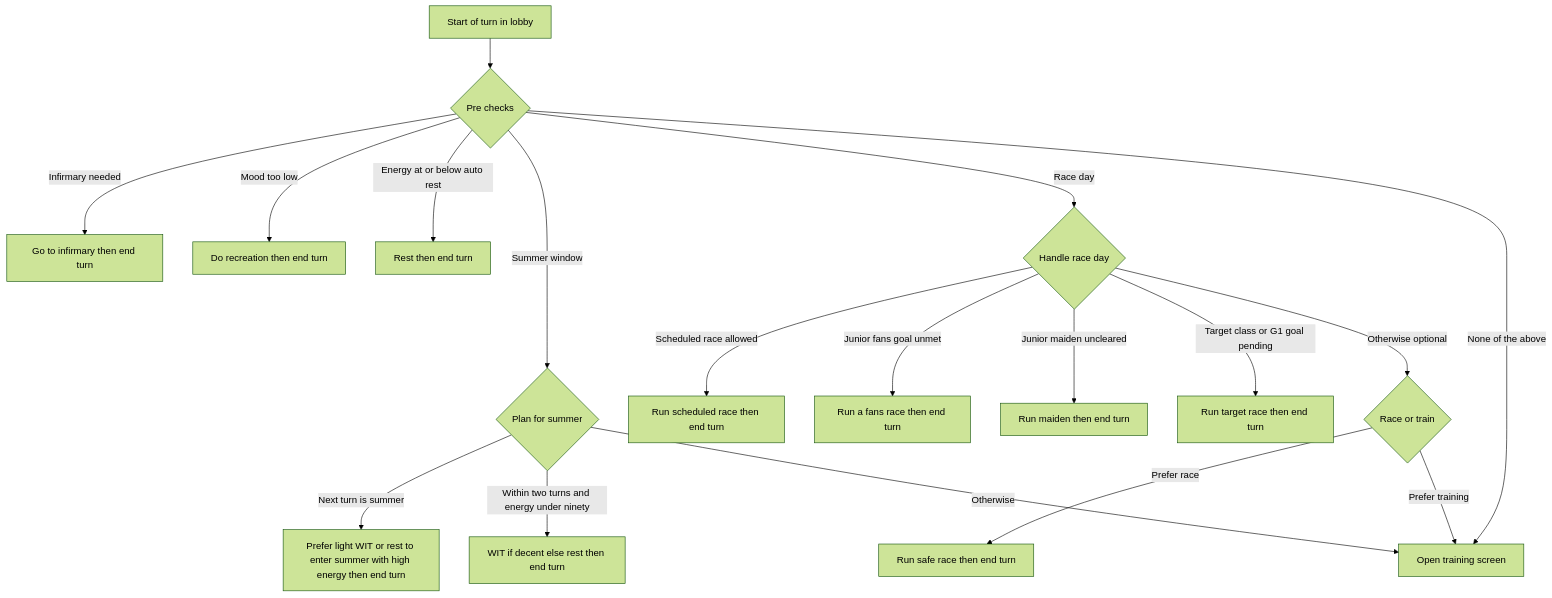
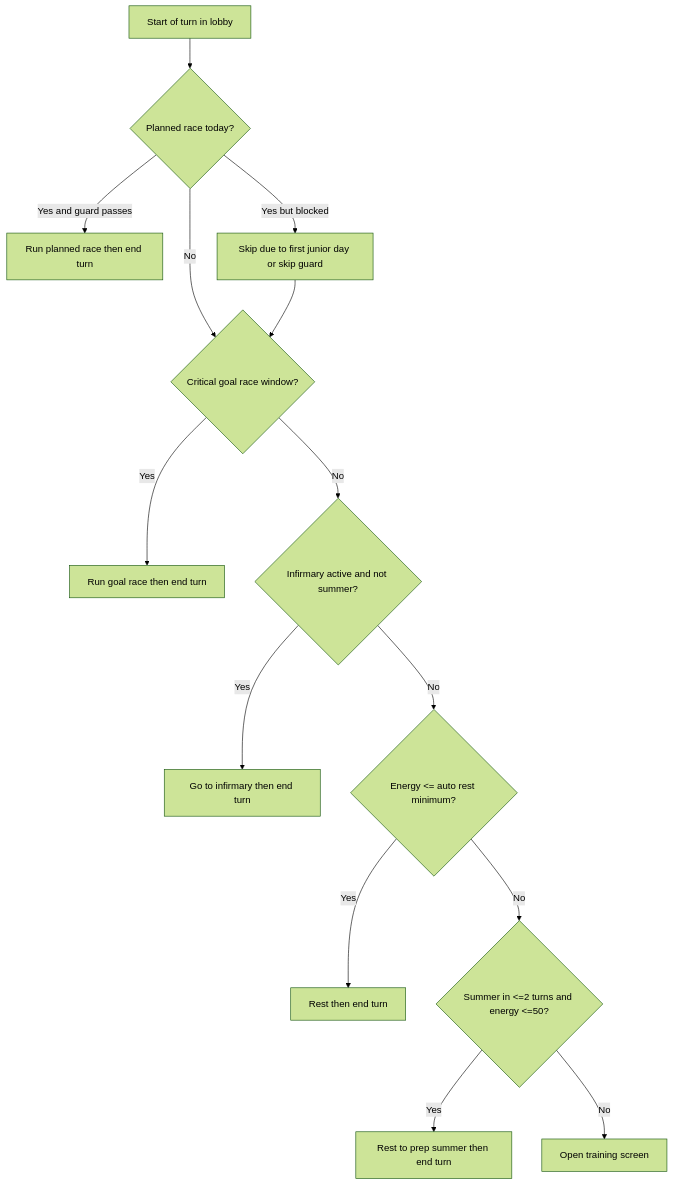
The diagram in docs/ai/policies/unity_cup/flow_lobby.mmd (monkeymc/Umaplay), drawn with Mermaid (forest theme) before and after one commit. The commit also changed 7 other files, not shown here.

```diff
--- a/docs/ai/policies/unity_cup/flow_lobby.mmd
+++ b/docs/ai/policies/unity_cup/flow_lobby.mmd
@@ -1,23 +1,20 @@
 flowchart TD
-START[Start of turn in lobby] --> PRECHECKS{Pre checks}
+START[Start of turn in lobby] --> PLAN{Planned race today?}
 
-PRECHECKS -->|Infirmary needed| INFIRMARY[Go to infirmary then end turn]
-PRECHECKS -->|Mood too low| RECREATION[Do recreation then end turn]
-PRECHECKS -->|Energy at or below auto rest| AUTOREST[Rest then end turn]
-PRECHECKS -->|Summer window| SUMMER{Plan for summer}
-PRECHECKS -->|Race day| RACEDAY{Handle race day}
-PRECHECKS -->|None of the above| ENTER_TRAIN[Open training screen]
+PLAN -->|Yes and guard passes| RACE_PLAN[Run planned race then end turn]
+PLAN -->|Yes but blocked| PLAN_SUPPRESS[Skip due to first junior day or skip guard]
+PLAN -->|No| EARLY{Critical goal race window?}
 
-%% Summer planning
-SUMMER -->|Next turn is summer| SUM1[Prefer light WIT or rest to enter summer with high energy then end turn]
-SUMMER -->|Within two turns and energy under ninety| SUM2[WIT if decent else rest then end turn]
-SUMMER -->|Otherwise| ENTER_TRAIN
+PLAN_SUPPRESS --> EARLY
 
-%% Race day
-RACEDAY -->|Scheduled race allowed| RACE_SCHED[Run scheduled race then end turn]
-RACEDAY -->|Junior fans goal unmet| RACE_FANS[Run a fans race then end turn]
-RACEDAY -->|Junior maiden uncleared| RACE_MAIDEN[Run maiden then end turn]
-RACEDAY -->|Target class or G1 goal pending| RACE_TARGET[Run target race then end turn]
-RACEDAY -->|Otherwise optional| RACE_OPT{Race or train}
-RACE_OPT -->|Prefer race| RACE_SAFE[Run safe race then end turn]
-RACE_OPT -->|Prefer training| ENTER_TRAIN
+EARLY -->|Yes| RACE_GOAL[Run goal race then end turn]
+EARLY -->|No| INFIRM{Infirmary active and not summer?}
+
+INFIRM -->|Yes| DO_INFIRM[Go to infirmary then end turn]
+INFIRM -->|No| ENERGY{Energy <= auto rest minimum?}
+
+ENERGY -->|Yes| REST_LOW[Rest then end turn]
+ENERGY -->|No| SUMMER{Summer in <=2 turns and energy <=50?}
+
+SUMMER -->|Yes| REST_SUMMER[Rest to prep summer then end turn]
+SUMMER -->|No| ENTER_TRAIN[Open training screen]
```
